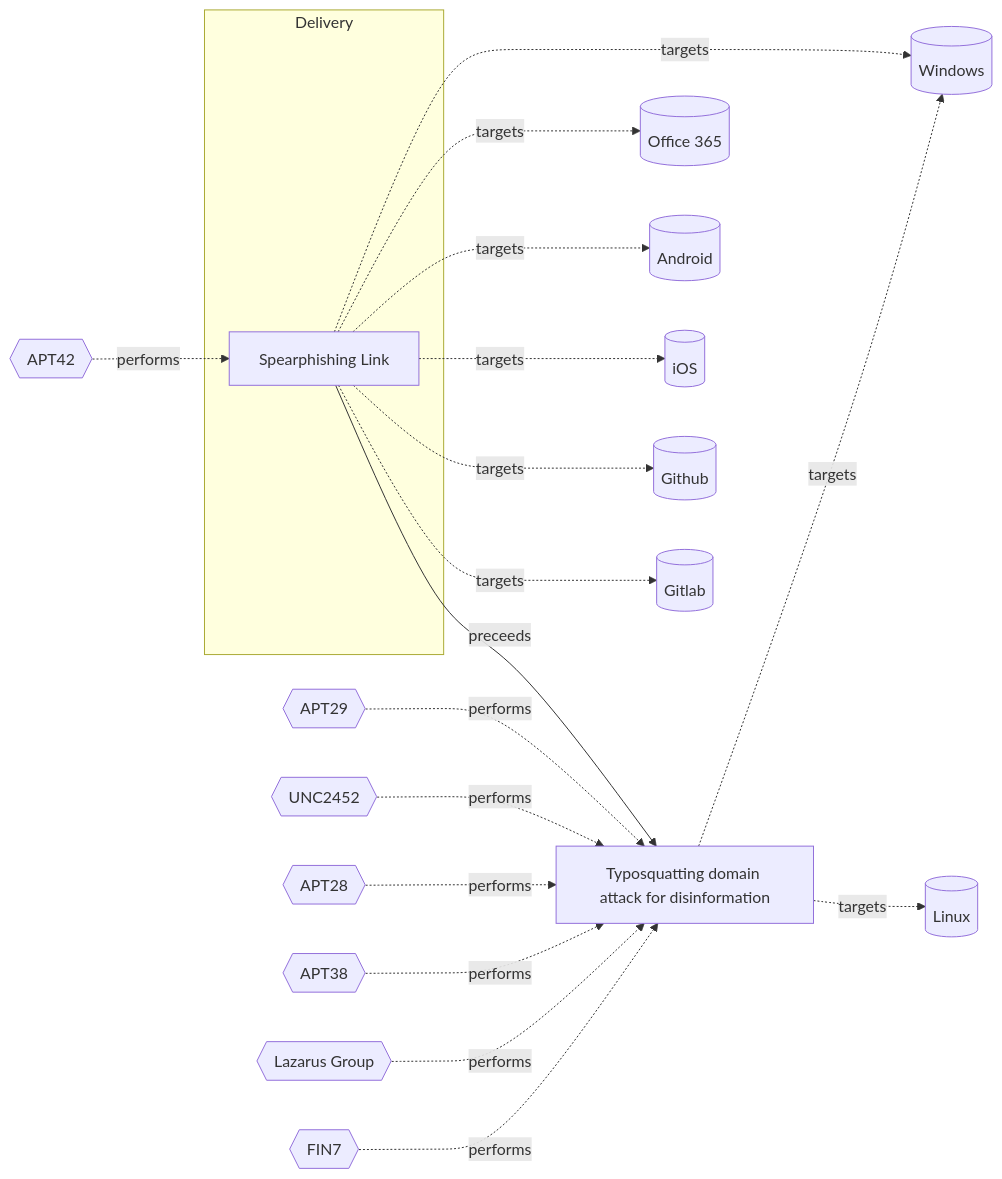
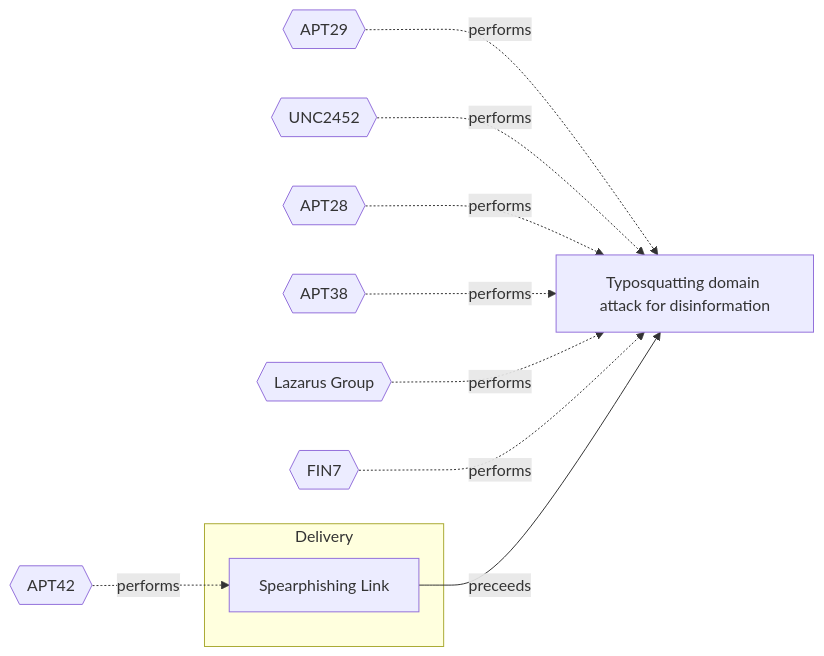
The diagram in Models/Threat Vectors/☣️ Typosquatting domain attack for disinformation.md (OpenTideHQ/WikiTide), drawn with Mermaid before and after one commit. The commit also changed other lines of this file and 232 other files, not shown here.

````diff
--- a/Models/Threat Vectors/☣️ Typosquatting domain attack for disinformation.md
+++ b/Models/Threat Vectors/☣️ Typosquatting domain attack for disinformation.md
@@ -105,45 +105,30 @@
 ```mermaid
 
 flowchart LR
 
 db3cae2f-3e6b-4aed-b346-43686bbb382e[Typosquatting domain attack for disinformation]
 1a68b5eb-0112-424d-a21f-88dda0b6b8df[Spearphishing Link]
 
 subgraph Delivery
 1a68b5eb-0112-424d-a21f-88dda0b6b8df
 end
 
-Windows[(Windows)]
-Linux[(Linux)]
-Office365[(Office 365)]
-Android[(Android)]
-iOS[(iOS)]
-Github[(Github)]
-Gitlab[(Gitlab)]
 APT29{{APT29}}
 UNC2452{{UNC2452}}
 APT28{{APT28}}
 APT38{{APT38}}
 LazarusGroup{{Lazarus Group}}
 FIN7{{FIN7}}
 APT42{{APT42}}
 
-db3cae2f-3e6b-4aed-b346-43686bbb382e -.->|targets| Windows
-db3cae2f-3e6b-4aed-b346-43686bbb382e -.->|targets| Linux
-1a68b5eb-0112-424d-a21f-88dda0b6b8df -.->|targets| Windows
-1a68b5eb-0112-424d-a21f-88dda0b6b8df -.->|targets| Office365
-1a68b5eb-0112-424d-a21f-88dda0b6b8df -.->|targets| Android
-1a68b5eb-0112-424d-a21f-88dda0b6b8df -.->|targets| iOS
-1a68b5eb-0112-424d-a21f-88dda0b6b8df -.->|targets| Github
-1a68b5eb-0112-424d-a21f-88dda0b6b8df -.->|targets| Gitlab
 APT29 -.-> |performs| db3cae2f-3e6b-4aed-b346-43686bbb382e
 UNC2452 -.-> |performs| db3cae2f-3e6b-4aed-b346-43686bbb382e
 APT28 -.-> |performs| db3cae2f-3e6b-4aed-b346-43686bbb382e
 APT38 -.-> |performs| db3cae2f-3e6b-4aed-b346-43686bbb382e
 LazarusGroup -.-> |performs| db3cae2f-3e6b-4aed-b346-43686bbb382e
 FIN7 -.-> |performs| db3cae2f-3e6b-4aed-b346-43686bbb382e
 APT42 -.-> |performs| 1a68b5eb-0112-424d-a21f-88dda0b6b8df
 
 1a68b5eb-0112-424d-a21f-88dda0b6b8df -->|preceeds| db3cae2f-3e6b-4aed-b346-43686bbb382e
 
 ```
````
